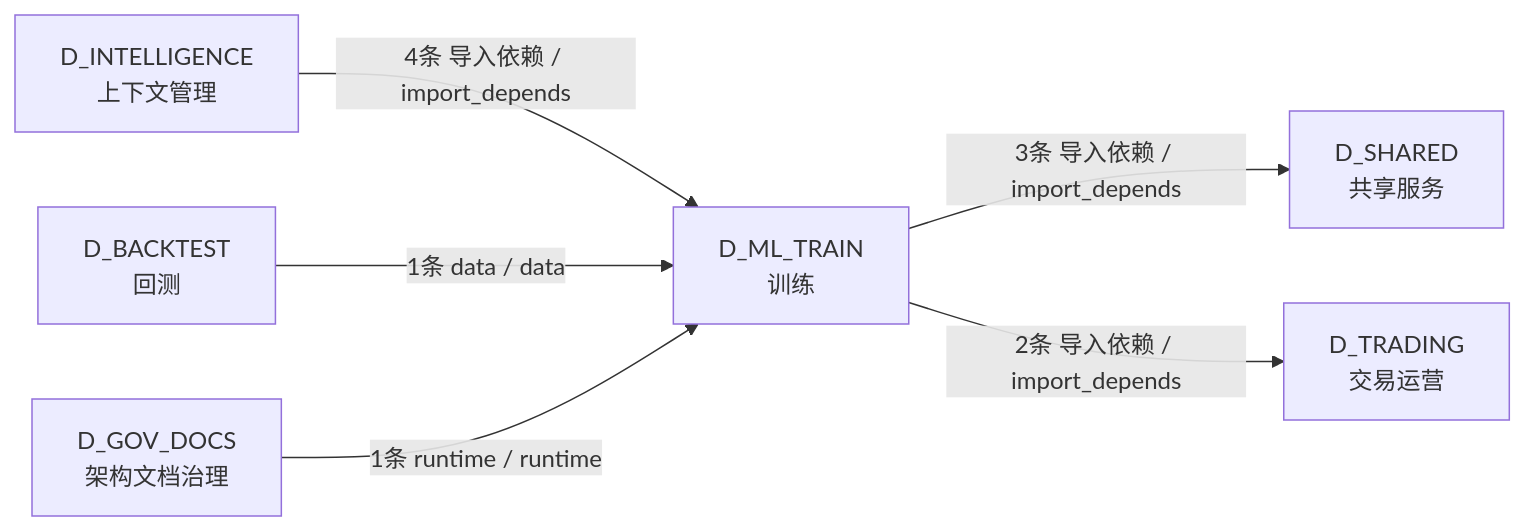
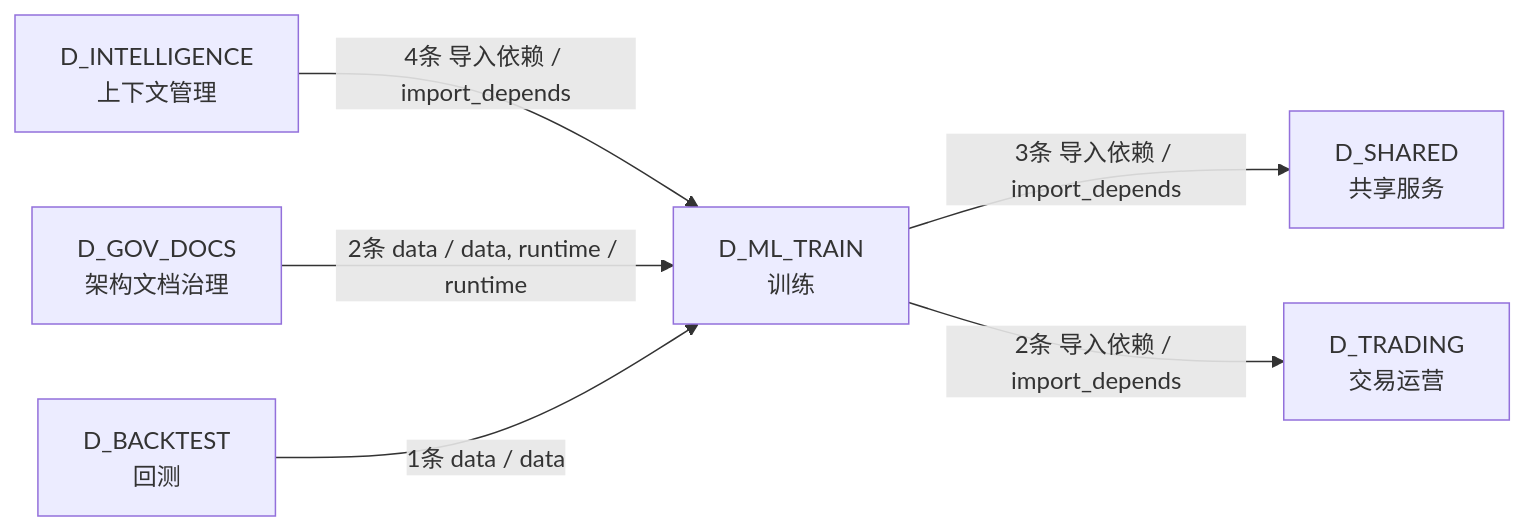
One commit to xuanFelixVan/ZephyrAlpha changed the fourth of 4 diagrams in docs/02_enterprise_architecture/02_domain_architecture_docs/50_d_ml_train.md. Above: the diagram before and after it, drawn with Mermaid. The commit also changed other lines of this file and 87 other files, not shown here.

````diff
--- a/docs/02_enterprise_architecture/02_domain_architecture_docs/50_d_ml_train.md
+++ b/docs/02_enterprise_architecture/02_domain_architecture_docs/50_d_ml_train.md
@@ -191,14 +194,14 @@
 ```mermaid
 graph LR
     D_ML_TRAIN["D_ML_TRAIN<br/>训练"]
     D_SHARED["D_SHARED<br/>共享服务"]
     D_TRADING["D_TRADING<br/>交易运营"]
     D_INTELLIGENCE["D_INTELLIGENCE<br/>上下文管理"]
+    D_GOV_DOCS["D_GOV_DOCS<br/>架构文档治理"]
     D_BACKTEST["D_BACKTEST<br/>回测"]
-    D_GOV_DOCS["D_GOV_DOCS<br/>架构文档治理"]
     D_ML_TRAIN -->|3条 导入依赖 / import_depends| D_SHARED
     D_ML_TRAIN -->|2条 导入依赖 / import_depends| D_TRADING
     D_INTELLIGENCE -->|4条 导入依赖 / import_depends| D_ML_TRAIN
+    D_GOV_DOCS -->|2条 data / data, runtime / runtime| D_ML_TRAIN
     D_BACKTEST -->|1条 data / data| D_ML_TRAIN
-    D_GOV_DOCS -->|1条 runtime / runtime| D_ML_TRAIN
 ```
````
